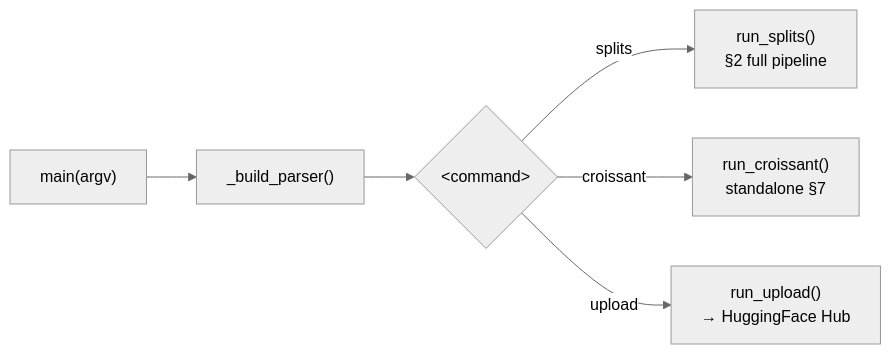
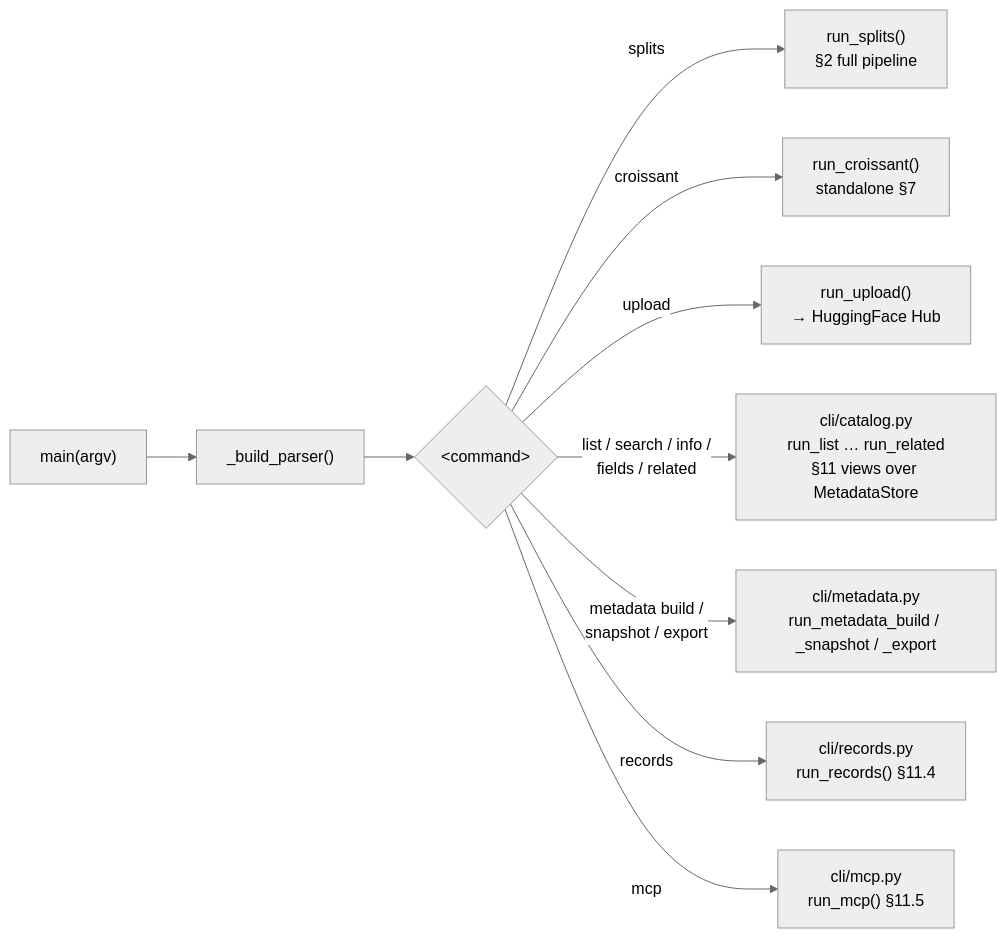
Diagram 17 of 21 in ECGBench_architecture/ARCHITECTURE.md (vlbthambawita/ECGBench), drawn with Mermaid (neutral theme) before and after one commit. The commit also changed other lines of this file and 5 other files, not shown here.

````diff
--- a/ECGBench_architecture/ARCHITECTURE.md
+++ b/ECGBench_architecture/ARCHITECTURE.md
@@ -554,8 +569,12 @@
 ```mermaid
 flowchart LR
     main["main(argv)"] --> bp["_build_parser()"]
     bp --> sub{"&lt;command&gt;"}
     sub -- splits --> sp["run_splits()<br/>§2 full pipeline"]
     sub -- croissant --> cr["run_croissant()<br/>standalone §7"]
     sub -- upload --> up["run_upload()<br/>→ HuggingFace Hub"]
+    sub -- "list / search / info /<br/>fields / related" --> cat["cli/catalog.py<br/>run_list … run_related<br/>§11 views over MetadataStore"]
+    sub -- "metadata build /<br/>snapshot / export" --> mb["cli/metadata.py<br/>run_metadata_build / _snapshot / _export"]
+    sub -- records --> rec["cli/records.py<br/>run_records() §11.4"]
+    sub -- mcp --> mcp["cli/mcp.py<br/>run_mcp() §11.5"]
 ```
````
